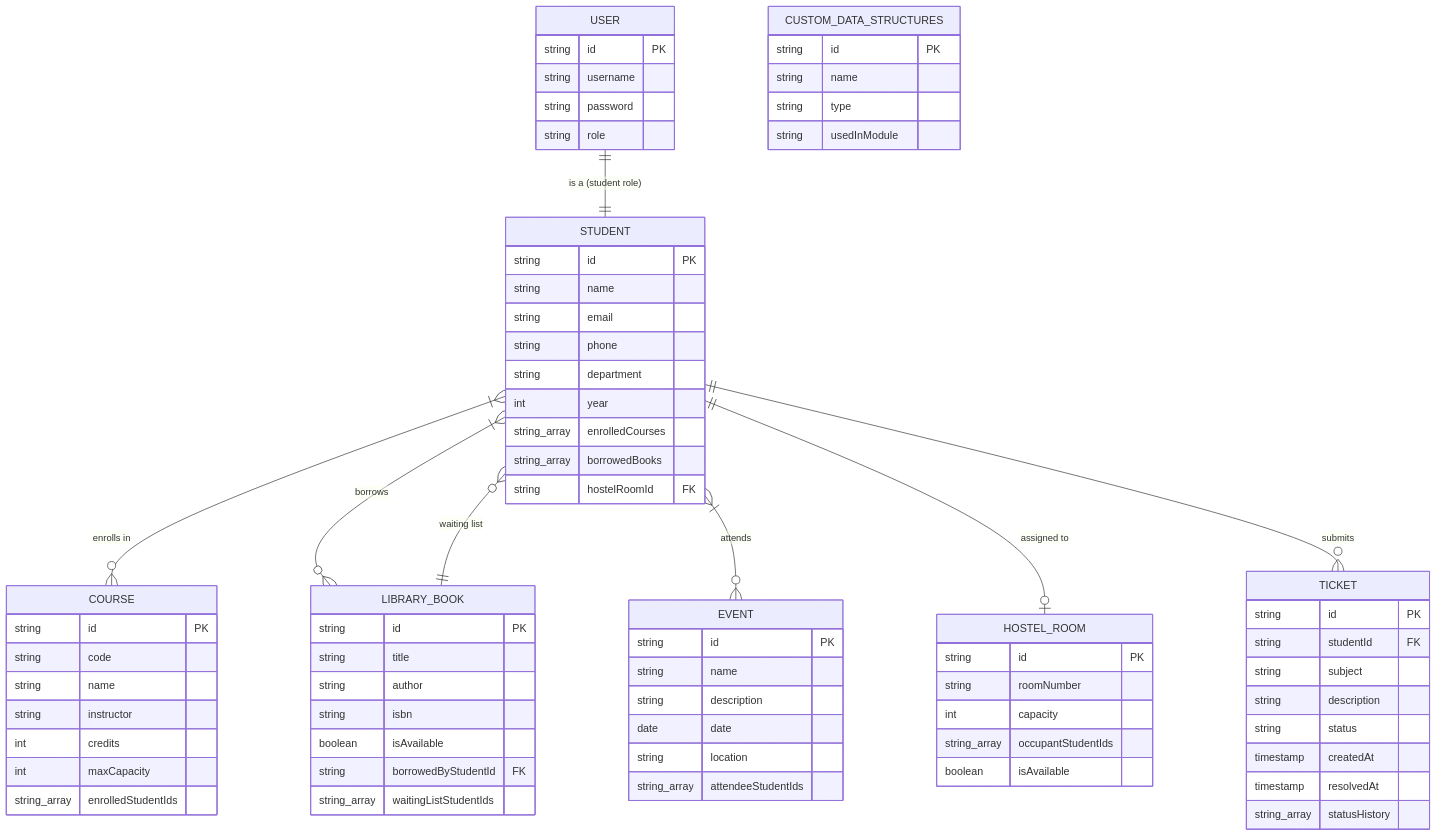
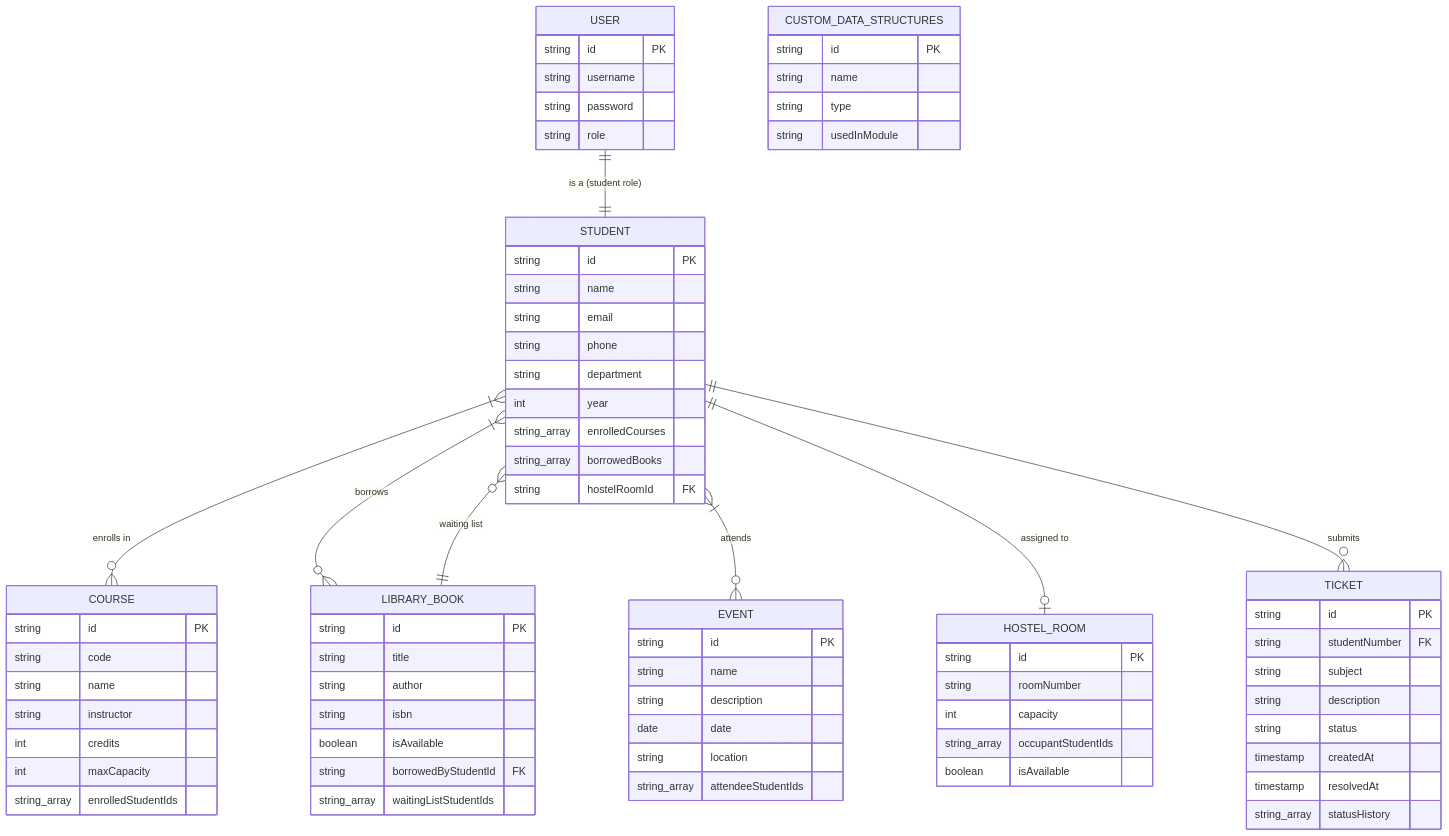
Before and after one commit to Pronkosi11/Smart_Campus_System: the diagram in SCOA021.md, drawn with Mermaid. The commit also changed other lines of this file and 19 other files, not shown here.

Commit message:
Added schema for the data

```diff
--- a/SCOA021.md
+++ b/SCOA021.md
@@ -585,7 +633,7 @@
 
     TICKET {
         string id PK
-        string studentId FK
+        string studentNumber FK
         string subject
         string description
         string status
```
